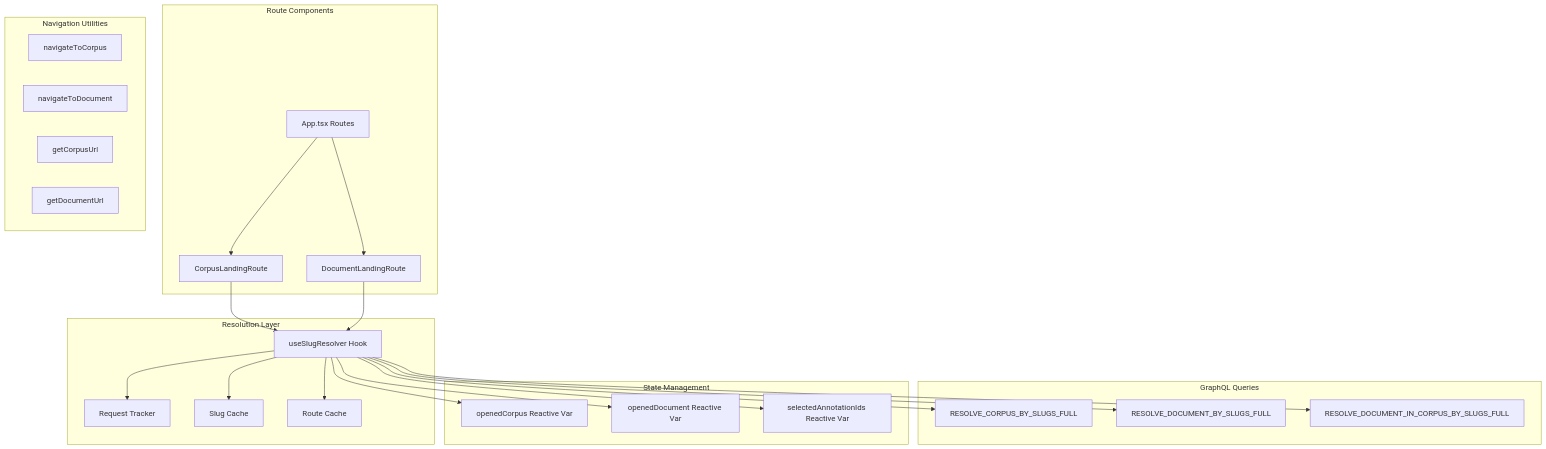
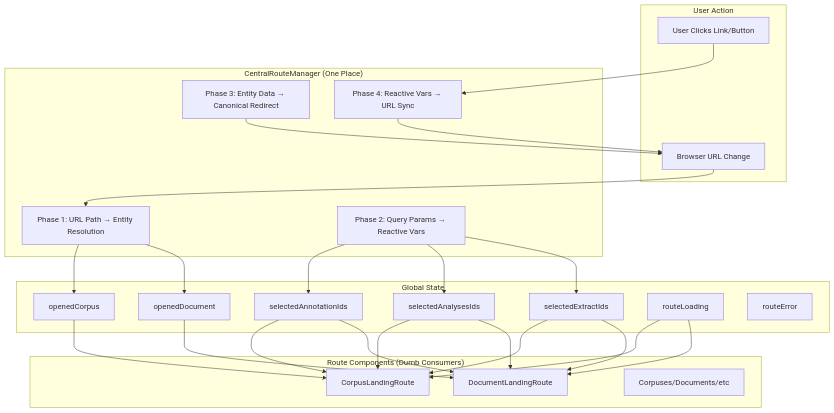
Before and after one commit to ma-serra/OpenContracts: the diagram in docs/frontend/routing_system.md, drawn with Mermaid. The commit also changed other lines of this file and 31 other files, not shown here.

````diff
--- a/docs/frontend/routing_system.md
+++ b/docs/frontend/routing_system.md
@@ -43,34 +64,50 @@
 ```mermaid
 graph TB
-    subgraph "Route Components"
-        A[App.tsx Routes] --> B[CorpusLandingRoute]
-        A --> C[DocumentLandingRoute]
+    subgraph "User Action"
+        A[Browser URL Change]
+        B[User Clicks Link/Button]
     end
 
-    subgraph "Resolution Layer"
-        B --> D[useSlugResolver Hook]
-        C --> D
-        D --> E[Request Tracker]
-        D --> F[Slug Cache]
-        D --> G[Route Cache]
+    subgraph "CentralRouteManager (One Place)"
+        C[Phase 1: URL Path → Entity Resolution]
+        D[Phase 2: Query Params → Reactive Vars]
+        E[Phase 3: Entity Data → Canonical Redirect]
+        F[Phase 4: Reactive Vars → URL Sync]
     end
 
-    subgraph "GraphQL Queries"
-        D --> H[RESOLVE_CORPUS_BY_SLUGS_FULL]
-        D --> I[RESOLVE_DOCUMENT_BY_SLUGS_FULL]
-        D --> J[RESOLVE_DOCUMENT_IN_CORPUS_BY_SLUGS_FULL]
+    subgraph "Global State"
+        G[openedCorpus]
+        H[openedDocument]
+        I[selectedAnnotationIds]
+        J[selectedAnalysesIds]
+        K[selectedExtractIds]
+        L[routeLoading]
+        M[routeError]
     end
 
-    subgraph "State Management"
-        D --> K[openedCorpus Reactive Var]
-        D --> L[openedDocument Reactive Var]
-        D --> M[selectedAnnotationIds Reactive Var]
+    subgraph "Route Components (Dumb Consumers)"
+        N[CorpusLandingRoute]
+        O[DocumentLandingRoute]
+        P[Corpuses/Documents/etc]
     end
 
-    subgraph "Navigation Utilities"
-        N[navigateToCorpus]
-        O[navigateToDocument]
-        P[getCorpusUrl]
-        Q[getDocumentUrl]
-    end
+    A --> C
+    B --> F
+    C --> G
+    C --> H
+    D --> I
+    D --> J
+    D --> K
+    E --> A
+    F --> A
+    G --> N
+    H --> O
+    I --> N
+    I --> O
+    J --> N
+    J --> O
+    K --> N
+    K --> O
+    L --> N
+    L --> O
 ```
````
